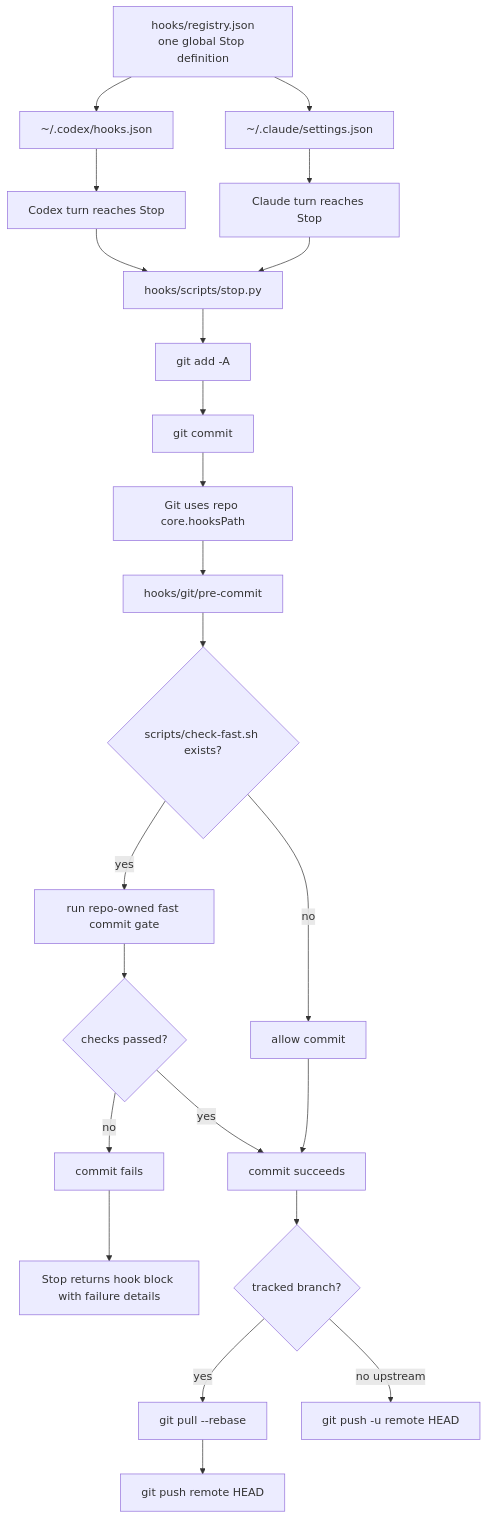
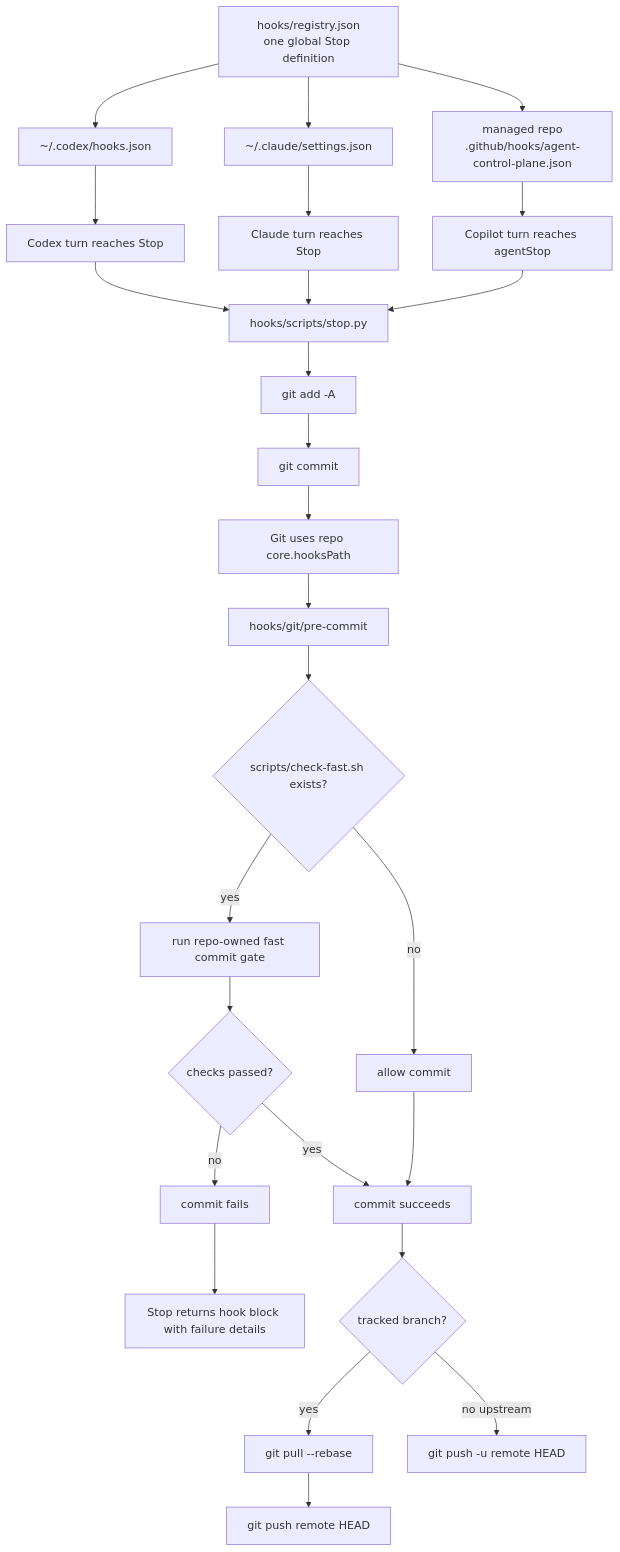
One commit to wisdom-in-a-nutshell/.agents changed the fifth of 6 diagrams in docs/architecture/codex-control-plane-script-flows.md. Above: the diagram before and after it, drawn with Mermaid. The commit also changed other lines of this file and 21 other files, not shown here.

````diff
--- a/docs/architecture/codex-control-plane-script-flows.md
+++ b/docs/architecture/codex-control-plane-script-flows.md
@@ -194,25 +201,28 @@
 ```mermaid
 flowchart TD
     A[hooks/registry.json<br/>one global Stop definition] --> B[~/.codex/hooks.json]
     A --> C[~/.claude/settings.json]
+    A --> Y[managed repo<br/>.github/hooks/agent-control-plane.json]
     B --> D[Codex turn reaches Stop]
     C --> E[Claude turn reaches Stop]
+    Y --> E2[Copilot turn reaches agentStop]
     D --> F[hooks/scripts/stop.py]
     E --> F
+    E2 --> F
     F --> G[git add -A]
     G --> H[git commit]
     H --> I[Git uses repo core.hooksPath]
     I --> J[hooks/git/pre-commit]
     J --> K{scripts/check-fast.sh exists?}
     K -->|yes| L[run repo-owned fast commit gate]
     K -->|no| M[allow commit]
     L --> N{checks passed?}
     N -->|no| O[commit fails]
     O --> P[Stop returns hook block with failure details]
     N -->|yes| Q[commit succeeds]
     M --> Q
     Q --> R{tracked branch?}
     R -->|yes| S[git pull --rebase]
     S --> T[git push remote HEAD]
     R -->|no upstream| U[git push -u remote HEAD]
 ```
````
